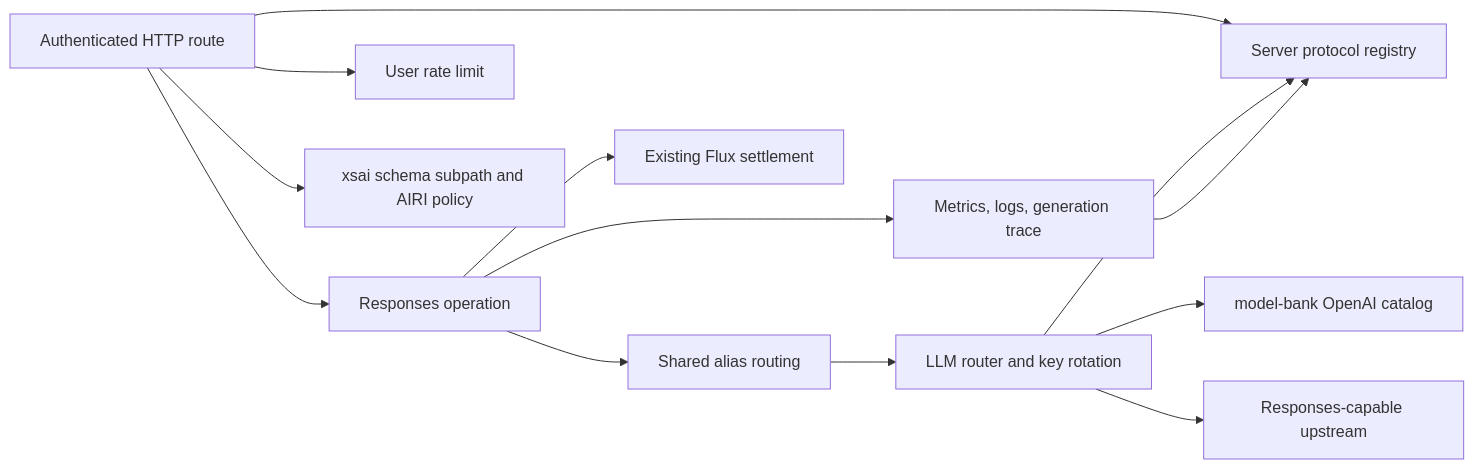
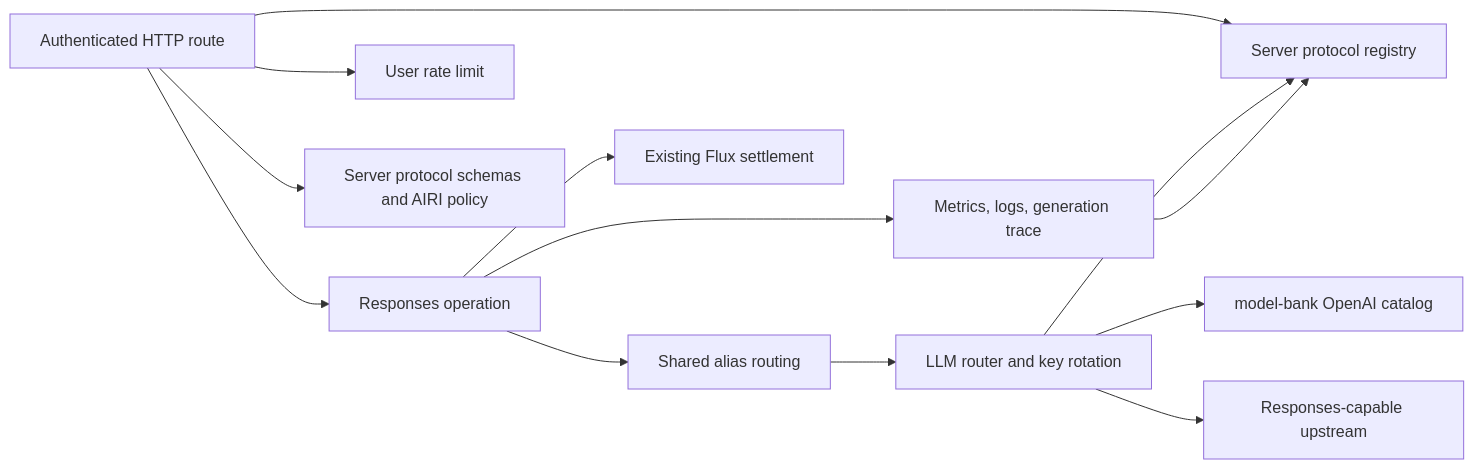
The first of 2 diagrams in server/docs/ai/adr/2026-09-15-hosted-responses.md (moeru-ai/airi), drawn with Mermaid before and after one commit. The commit also changed other lines of this file and 11 other files, not shown here.

Commit message:
refactor(api): own protocol schemas in the server

````diff
--- a/server/docs/ai/adr/2026-09-15-hosted-responses.md
+++ b/server/docs/ai/adr/2026-09-15-hosted-responses.md
@@ -58,15 +60,15 @@
 ```mermaid
 flowchart LR
   HTTP[Authenticated HTTP route] --> Operation[Responses operation]
   HTTP --> Limit[User rate limit]
   Operation --> Alias[Shared alias routing]
   Alias --> Router[LLM router and key rotation]
   HTTP --> Protocols[Server protocol registry]
   Router --> Protocols
   Observe --> Protocols
-  HTTP --> Schema[xsai schema subpath and AIRI policy]
+  HTTP --> Schema[Server protocol schemas and AIRI policy]
   Router --> Catalog[model-bank OpenAI catalog]
   Router --> Upstream[Responses-capable upstream]
   Operation --> Billing[Existing Flux settlement]
   Operation --> Observe[Metrics, logs, generation trace]
 ```
````
